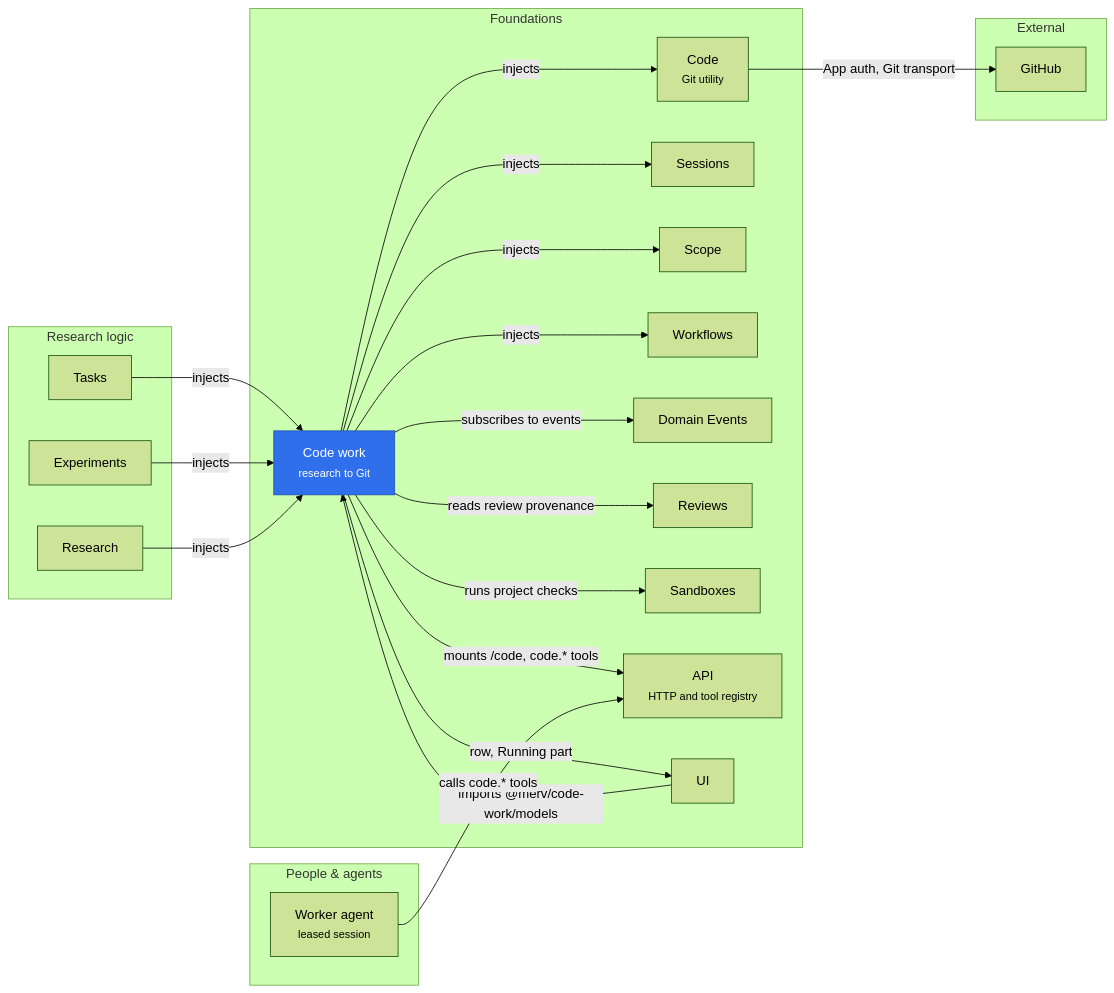
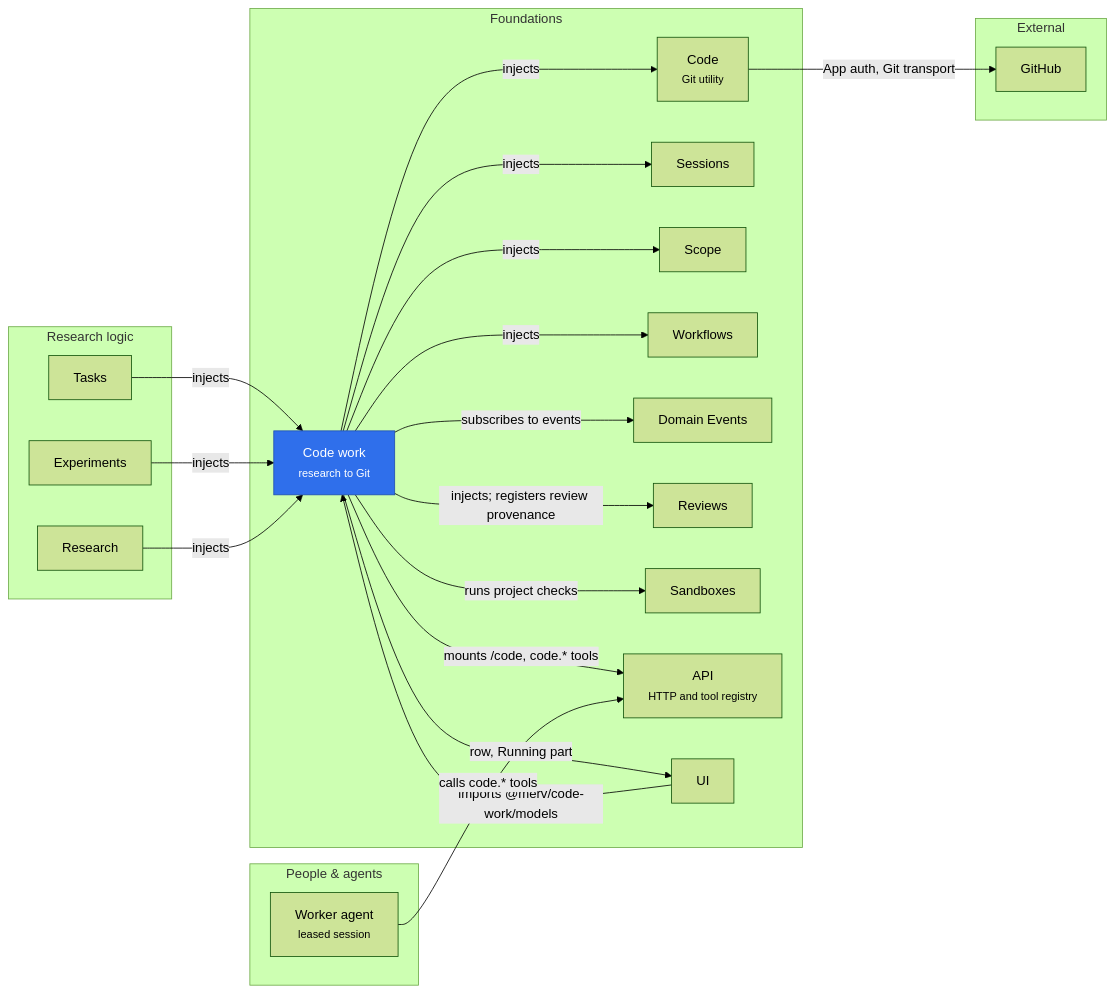
Before and after one commit to rapidreview-io/Merv: the diagram in merv-typescript/packages/code-work/README.md, drawn with Mermaid (forest theme). The commit also changed other lines of this file and 32 other files, not shown here.

First line of the commit message:
Make Reviews a required injection of Code Work

````diff
--- a/merv-typescript/packages/code-work/README.md
+++ b/merv-typescript/packages/code-work/README.md
@@ -24,43 +23,43 @@
 ```mermaid
 flowchart LR
   subgraph people["People & agents"]
     worker["Worker agent<br/><small>leased session</small>"]
   end
   subgraph researchLayer["Research logic"]
     tasks[Tasks]
     experiments[Experiments]
     research[Research]
   end
   subgraph foundations["Foundations"]
     codeWork["Code work<br/><small>research to Git</small>"]
     code["Code<br/><small>Git utility</small>"]
     sessions[Sessions]
     scope[Scope]
     workflows[Workflows]
     domainEvents[Domain Events]
     reviews[Reviews]
     sandboxes[Sandboxes]
     api["API<br/><small>HTTP and tool registry</small>"]
     ui[UI]
   end
   subgraph external["External"]
     github[GitHub]
   end
   tasks -- "injects" --> codeWork
   experiments -- "injects" --> codeWork
   research -- "injects" --> codeWork
   codeWork -- "injects" --> code
   codeWork -- "injects" --> sessions
   codeWork -- "injects" --> scope
   codeWork -- "injects" --> workflows
   codeWork -- "subscribes to events" --> domainEvents
-  codeWork -- "reads review provenance" --> reviews
+  codeWork -- "injects; registers review provenance" --> reviews
   codeWork -- "runs project checks" --> sandboxes
   codeWork -- "mounts /code, code.* tools" --> api
   codeWork -- "row, Running part" --> ui
   ui -- "imports @merv/code-work/models" --> codeWork
   worker -- "calls code.* tools" --> api
   code -- "App auth, Git transport" --> github
   classDef self fill:#2f6feb,color:#fff,stroke:#1f4fb0
   class codeWork self
 ```
````
